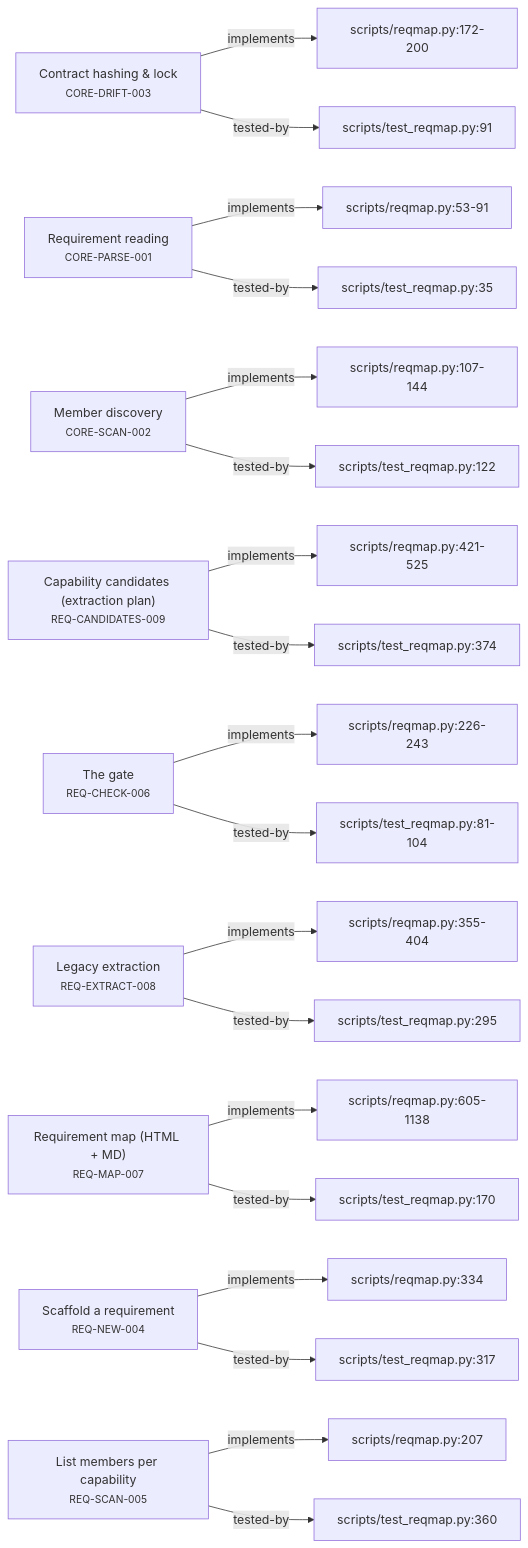
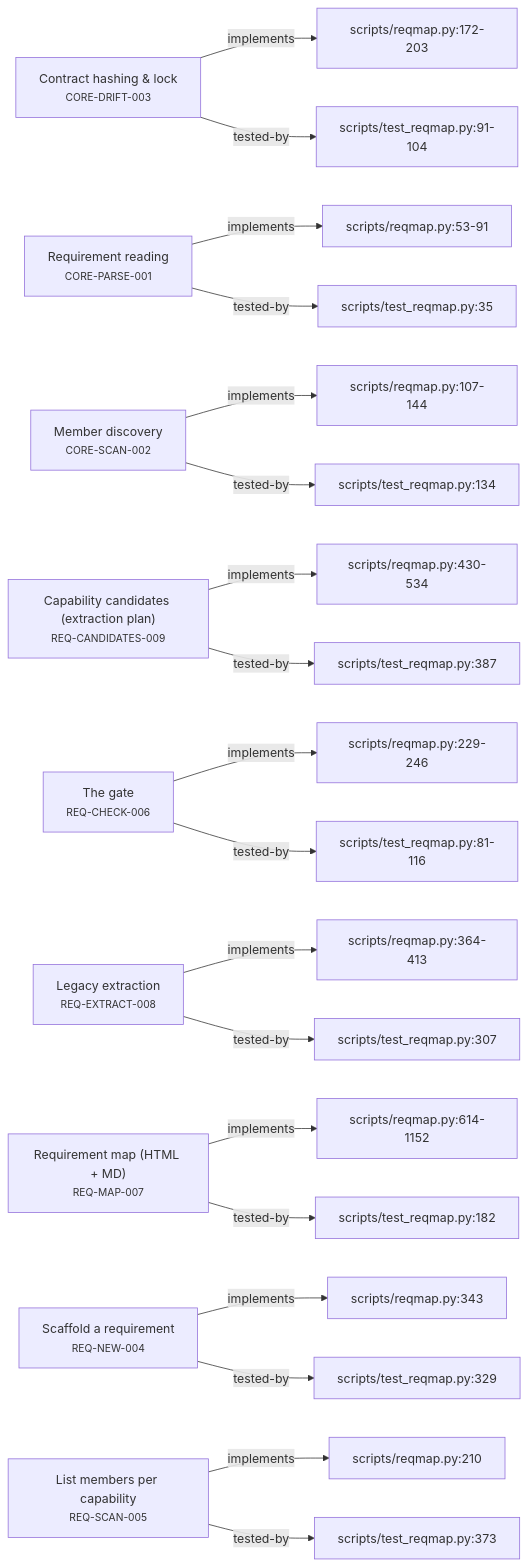
The second of 4 diagrams in plugin/requirements/_map.md (alxmax/Requirement-manager), drawn with Mermaid before and after one commit. The commit also changed other lines of this file and 6 other files, not shown here.

First line of the commit message:
feat(reqmap): adopt contract/verify-intent emission schema; drop Behavioral tab

````diff
--- a/plugin/requirements/_map.md
+++ b/plugin/requirements/_map.md
@@ -37,48 +37,48 @@
 ```mermaid
 graph LR
   CORE_DRIFT_003["Contract hashing & lock<br><small>CORE-DRIFT-003</small>"]
-  f_scripts_reqmap_py_172_200["scripts/reqmap.py:172-200"]
-  CORE_DRIFT_003 -->|implements| f_scripts_reqmap_py_172_200
-  f_scripts_test_reqmap_py_91["scripts/test_reqmap.py:91"]
-  CORE_DRIFT_003 -->|tested-by| f_scripts_test_reqmap_py_91
+  f_scripts_reqmap_py_172_203["scripts/reqmap.py:172-203"]
+  CORE_DRIFT_003 -->|implements| f_scripts_reqmap_py_172_203
+  f_scripts_test_reqmap_py_91_104["scripts/test_reqmap.py:91-104"]
+  CORE_DRIFT_003 -->|tested-by| f_scripts_test_reqmap_py_91_104
   CORE_PARSE_001["Requirement reading<br><small>CORE-PARSE-001</small>"]
   f_scripts_reqmap_py_53_91["scripts/reqmap.py:53-91"]
   CORE_PARSE_001 -->|implements| f_scripts_reqmap_py_53_91
   f_scripts_test_reqmap_py_35["scripts/test_reqmap.py:35"]
   CORE_PARSE_001 -->|tested-by| f_scripts_test_reqmap_py_35
   CORE_SCAN_002["Member discovery<br><small>CORE-SCAN-002</small>"]
   f_scripts_reqmap_py_107_144["scripts/reqmap.py:107-144"]
   CORE_SCAN_002 -->|implements| f_scripts_reqmap_py_107_144
-  f_scripts_test_reqmap_py_122["scripts/test_reqmap.py:122"]
-  CORE_SCAN_002 -->|tested-by| f_scripts_test_reqmap_py_122
+  f_scripts_test_reqmap_py_134["scripts/test_reqmap.py:134"]
+  CORE_SCAN_002 -->|tested-by| f_scripts_test_reqmap_py_134
   REQ_CANDIDATES_009["Capability candidates (extraction plan)<br><small>REQ-CANDIDATES-009</small>"]
-  f_scripts_reqmap_py_421_525["scripts/reqmap.py:421-525"]
-  REQ_CANDIDATES_009 -->|implements| f_scripts_reqmap_py_421_525
-  f_scripts_test_reqmap_py_374["scripts/test_reqmap.py:374"]
-  REQ_CANDIDATES_009 -->|tested-by| f_scripts_test_reqmap_py_374
+  f_scripts_reqmap_py_430_534["scripts/reqmap.py:430-534"]
+  REQ_CANDIDATES_009 -->|implements| f_scripts_reqmap_py_430_534
+  f_scripts_test_reqmap_py_387["scripts/test_reqmap.py:387"]
+  REQ_CANDIDATES_009 -->|tested-by| f_scripts_test_reqmap_py_387
   REQ_CHECK_006["The gate<br><small>REQ-CHECK-006</small>"]
-  f_scripts_reqmap_py_226_243["scripts/reqmap.py:226-243"]
-  REQ_CHECK_006 -->|implements| f_scripts_reqmap_py_226_243
-  f_scripts_test_reqmap_py_81_104["scripts/test_reqmap.py:81-104"]
-  REQ_CHECK_006 -->|tested-by| f_scripts_test_reqmap_py_81_104
+  f_scripts_reqmap_py_229_246["scripts/reqmap.py:229-246"]
+  REQ_CHECK_006 -->|implements| f_scripts_reqmap_py_229_246
+  f_scripts_test_reqmap_py_81_116["scripts/test_reqmap.py:81-116"]
+  REQ_CHECK_006 -->|tested-by| f_scripts_test_reqmap_py_81_116
   REQ_EXTRACT_008["Legacy extraction<br><small>REQ-EXTRACT-008</small>"]
-  f_scripts_reqmap_py_355_404["scripts/reqmap.py:355-404"]
-  REQ_EXTRACT_008 -->|implements| f_scripts_reqmap_py_355_404
-  f_scripts_test_reqmap_py_295["scripts/test_reqmap.py:295"]
-  REQ_EXTRACT_008 -->|tested-by| f_scripts_test_reqmap_py_295
+  f_scripts_reqmap_py_364_413["scripts/reqmap.py:364-413"]
+  REQ_EXTRACT_008 -->|implements| f_scripts_reqmap_py_364_413
+  f_scripts_test_reqmap_py_307["scripts/test_reqmap.py:307"]
+  REQ_EXTRACT_008 -->|tested-by| f_scripts_test_reqmap_py_307
   REQ_MAP_007["Requirement map (HTML + MD)<br><small>REQ-MAP-007</small>"]
-  f_scripts_reqmap_py_605_1138["scripts/reqmap.py:605-1138"]
-  REQ_MAP_007 -->|implements| f_scripts_reqmap_py_605_1138
-  f_scripts_test_reqmap_py_170["scripts/test_reqmap.py:170"]
-  REQ_MAP_007 -->|tested-by| f_scripts_test_reqmap_py_170
+  f_scripts_reqmap_py_614_1152["scripts/reqmap.py:614-1152"]
+  REQ_MAP_007 -->|implements| f_scripts_reqmap_py_614_1152
+  f_scripts_test_reqmap_py_182["scripts/test_reqmap.py:182"]
+  REQ_MAP_007 -->|tested-by| f_scripts_test_reqmap_py_182
   REQ_NEW_004["Scaffold a requirement<br><small>REQ-NEW-004</small>"]
-  f_scripts_reqmap_py_334["scripts/reqmap.py:334"]
-  REQ_NEW_004 -->|implements| f_scripts_reqmap_py_334
-  f_scripts_test_reqmap_py_317["scripts/test_reqmap.py:317"]
-  REQ_NEW_004 -->|tested-by| f_scripts_test_reqmap_py_317
+  f_scripts_reqmap_py_343["scripts/reqmap.py:343"]
+  REQ_NEW_004 -->|implements| f_scripts_reqmap_py_343
+  f_scripts_test_reqmap_py_329["scripts/test_reqmap.py:329"]
+  REQ_NEW_004 -->|tested-by| f_scripts_test_reqmap_py_329
   REQ_SCAN_005["List members per capability<br><small>REQ-SCAN-005</small>"]
-  f_scripts_reqmap_py_207["scripts/reqmap.py:207"]
-  REQ_SCAN_005 -->|implements| f_scripts_reqmap_py_207
-  f_scripts_test_reqmap_py_360["scripts/test_reqmap.py:360"]
-  REQ_SCAN_005 -->|tested-by| f_scripts_test_reqmap_py_360
+  f_scripts_reqmap_py_210["scripts/reqmap.py:210"]
+  REQ_SCAN_005 -->|implements| f_scripts_reqmap_py_210
+  f_scripts_test_reqmap_py_373["scripts/test_reqmap.py:373"]
+  REQ_SCAN_005 -->|tested-by| f_scripts_test_reqmap_py_373
 ```
````
